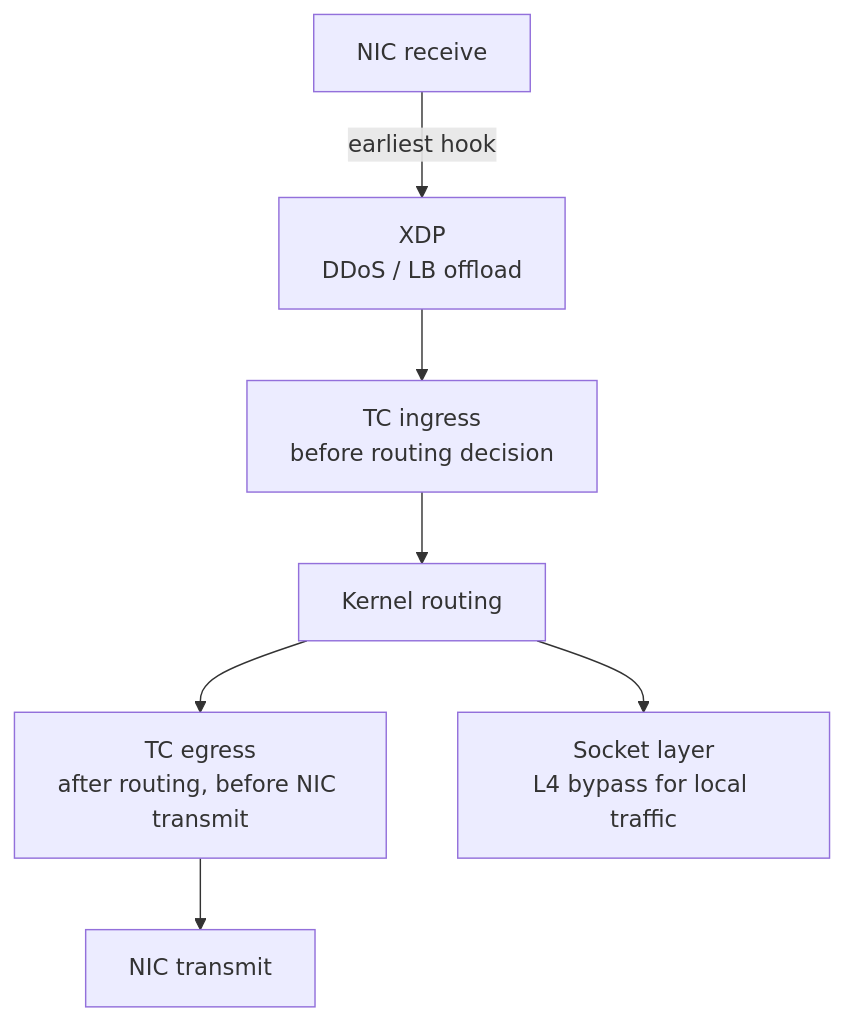
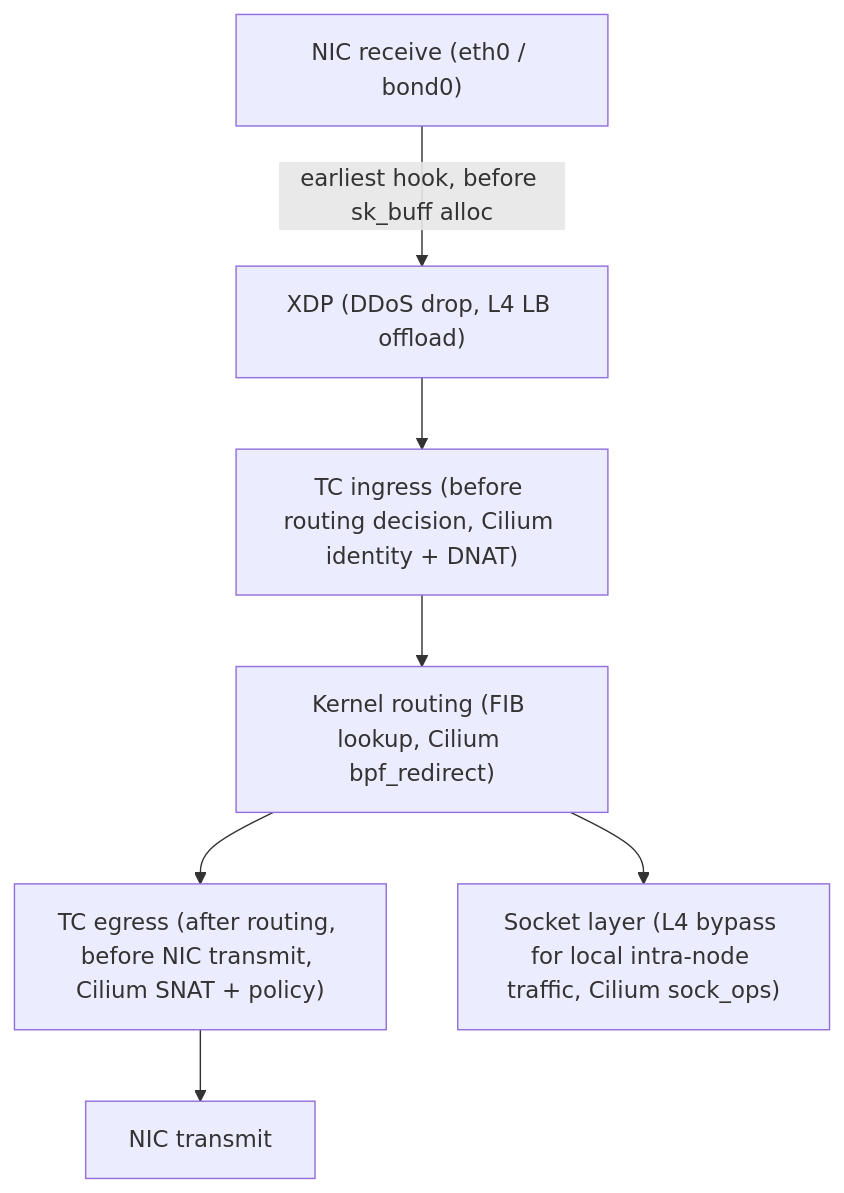
One commit to MykolaLebid/Kubernetes_networking_engineering changed the third of 4 diagrams in lessons/12-cilium-cni-ebpf.md. Above: the diagram before and after it, drawn with Mermaid. The commit also changed other lines of this file and 35 other files, not shown here.

First line of the commit message:
Restructure all 34 lessons: Theory/Practice split, richer diagrams, industry examples, navigation

````diff
--- a/lessons/12-cilium-cni-ebpf.md
+++ b/lessons/12-cilium-cni-ebpf.md
@@ -90,9 +82,9 @@
 ```mermaid
 flowchart TD
-    NIC[NIC receive] -->|earliest hook| XDP[XDP\nDDoS / LB offload]
-    XDP --> TCI[TC ingress\nbefore routing decision]
-    TCI --> Route[Kernel routing]
-    Route --> TCE[TC egress\nafter routing, before NIC transmit]
-    TCE --> NIC2[NIC transmit]
-    Route --> SOCK[Socket layer\nL4 bypass for local traffic]
+    NIC["NIC receive (eth0 / bond0)"] -->|"earliest hook, before sk_buff alloc"| XDP["XDP (DDoS drop, L4 LB offload)"]
+    XDP --> TCI["TC ingress (before routing decision, Cilium identity + DNAT)"]
+    TCI --> Route["Kernel routing (FIB lookup, Cilium bpf_redirect)"]
+    Route --> TCE["TC egress (after routing, before NIC transmit, Cilium SNAT + policy)"]
+    TCE --> NIC2["NIC transmit"]
+    Route --> SOCK["Socket layer (L4 bypass for local intra-node traffic, Cilium sock_ops)"]
 ```
````
